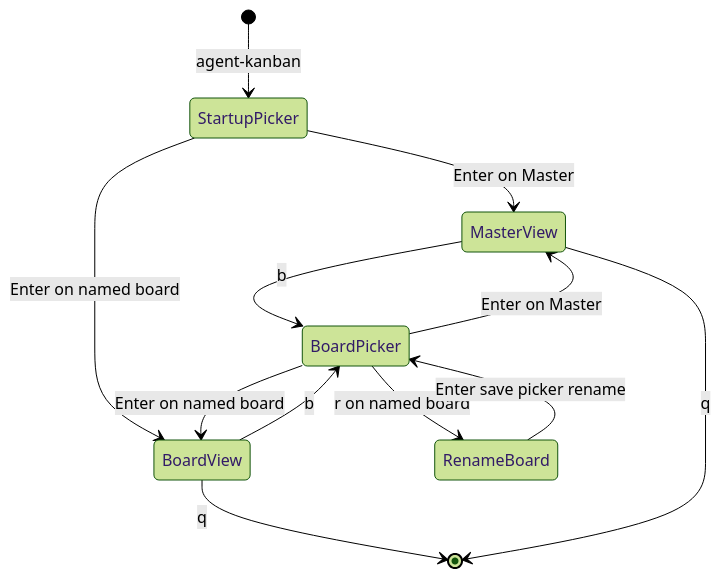
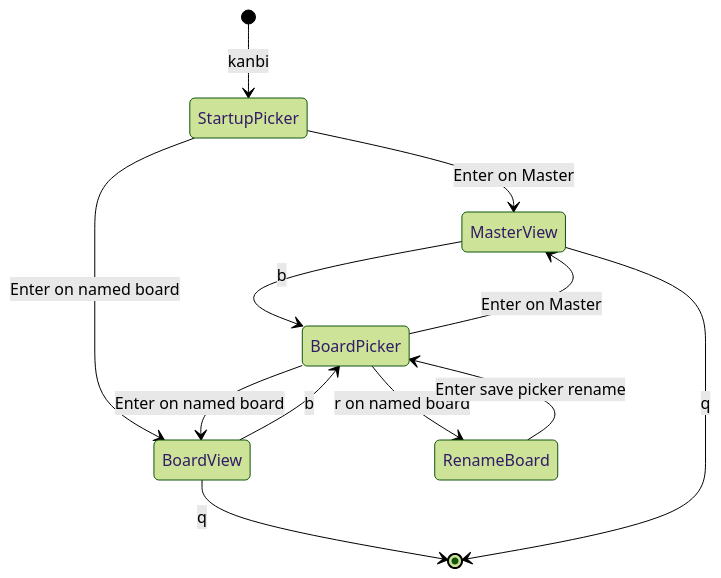
One commit to carlotran4/kanbi changed the second of 6 diagrams in docs/multi-board-behavior.md. Above: the diagram before and after it, drawn with Mermaid (forest theme). The commit also changed other lines of this file and 54 other files, not shown here.

````diff
--- a/docs/multi-board-behavior.md
+++ b/docs/multi-board-behavior.md
@@ -59,16 +59,16 @@
 ```mermaid
 stateDiagram-v2
-  [*] --> StartupPicker: agent-kanban
+  [*] --> StartupPicker: kanbi
   StartupPicker --> MasterView: Enter on Master
   StartupPicker --> BoardView: Enter on named board
 
   BoardView --> BoardPicker: b
   MasterView --> BoardPicker: b
   BoardPicker --> MasterView: Enter on Master
   BoardPicker --> BoardView: Enter on named board
   BoardPicker --> RenameBoard: r on named board
   RenameBoard --> BoardPicker: Enter save picker rename
 
   BoardView --> [*]: q
   MasterView --> [*]: q
 ```
````
